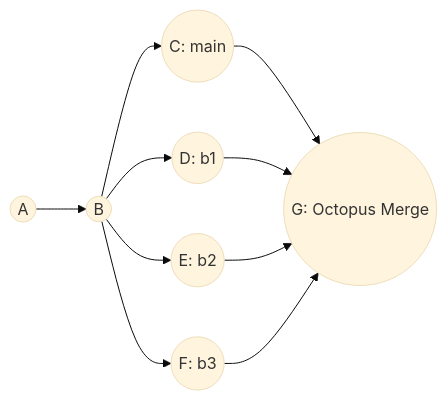
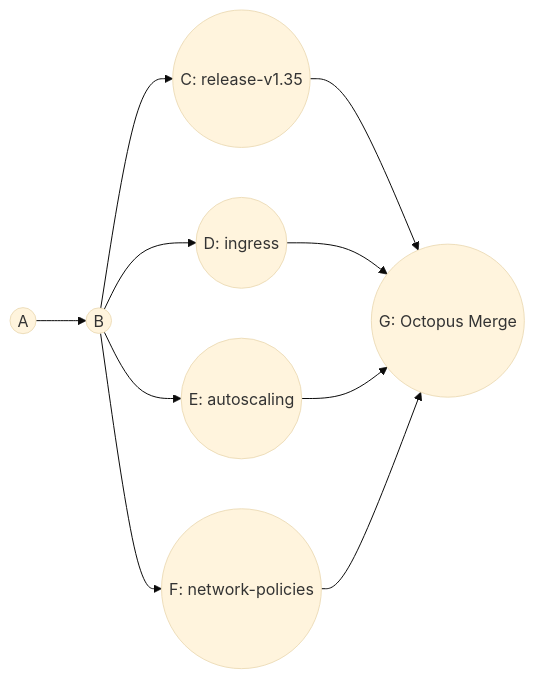
The third of 4 diagrams in src/content/docs/prerequisites/git-deep-dive/module-2-advanced-merging.md (kube-dojo/kube-dojo.github.io), drawn with Mermaid (base theme) before and after one commit. The commit also changed other lines of this file, not shown here.

````diff
--- a/src/content/docs/prerequisites/git-deep-dive/module-2-advanced-merging.md
+++ b/src/content/docs/prerequisites/git-deep-dive/module-2-advanced-merging.md
@@ -403,14 +417,14 @@
 ```mermaid
 graph LR
     A((A)) --> B((B))
-    B --> C((C: main))
+    B --> C((C: release-v1.35))
     
-    B --> D((D: b1))
-    B --> E((E: b2))
-    B --> F((F: b3))
+    B --> D((D: ingress))
+    B --> E((E: autoscaling))
+    B --> F((F: network-policies))
     
     C --> G((G: Octopus Merge))
     D --> G
     E --> G
     F --> G
 ```
````
